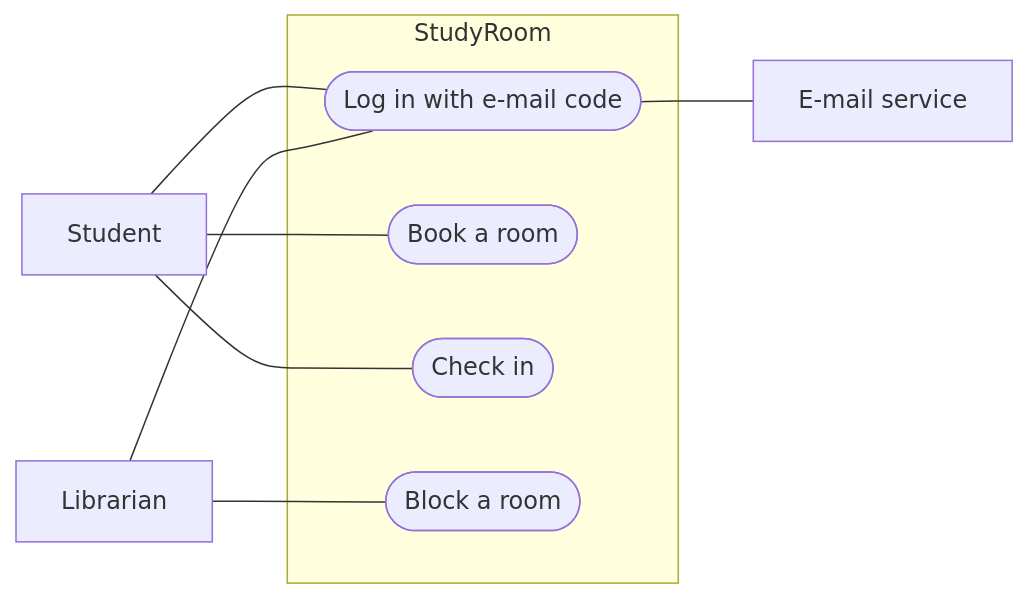
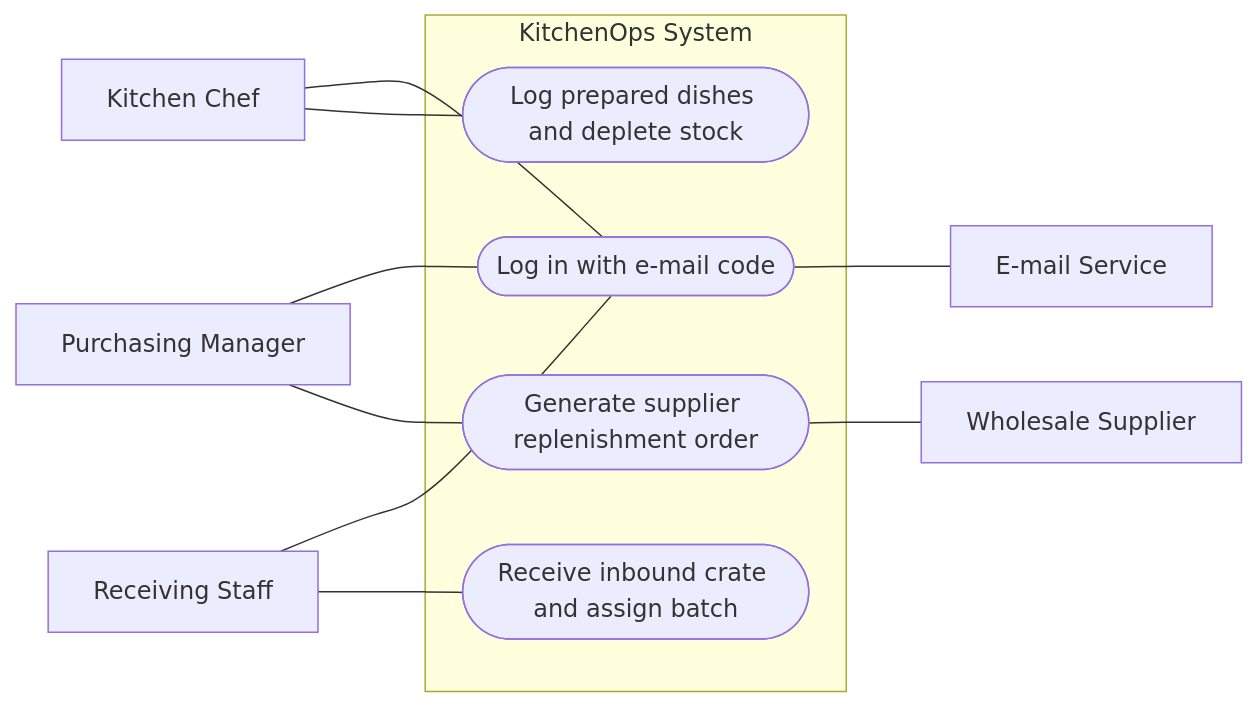
One commit to anilaydeniz/aiasd-project changed the diagram in week02/SRS.md. Above: the diagram before and after it, drawn with Mermaid. The commit also changed other lines of this file and 3 other files, not shown here.

````diff
--- a/week02/SRS.md
+++ b/week02/SRS.md
@@ -63,18 +50,20 @@
 ```mermaid
-%% EXAMPLE — replace this whole block with your own diagram
 flowchart LR
-  ST[Student]
-  LI[Librarian]
-  subgraph SYS[StudyRoom]
+  CH[Kitchen Chef]
+  PM[Purchasing Manager]
+  RS[Receiving Staff]
+  subgraph SYS[KitchenOps System]
     UC0([Log in with e-mail code])
-    UC1([Book a room])
-    UC2([Check in])
-    UC3([Block a room])
+    UC1([Log prepared dishes and deplete stock])
+    UC2([Generate supplier replenishment order])
+    UC3([Receive inbound crate and assign batch])
   end
-  ST --- UC0
-  ST --- UC1
-  ST --- UC2
-  LI --- UC0
-  LI --- UC3
-  UC0 --- EM[E-mail service]
+  CH --- UC0
+  CH --- UC1
+  PM --- UC0
+  PM --- UC2
+  RS --- UC0
+  RS --- UC3
+  UC0 --- EM[E-mail Service]
+  UC2 --- WS[Wholesale Supplier]
 ```
````
